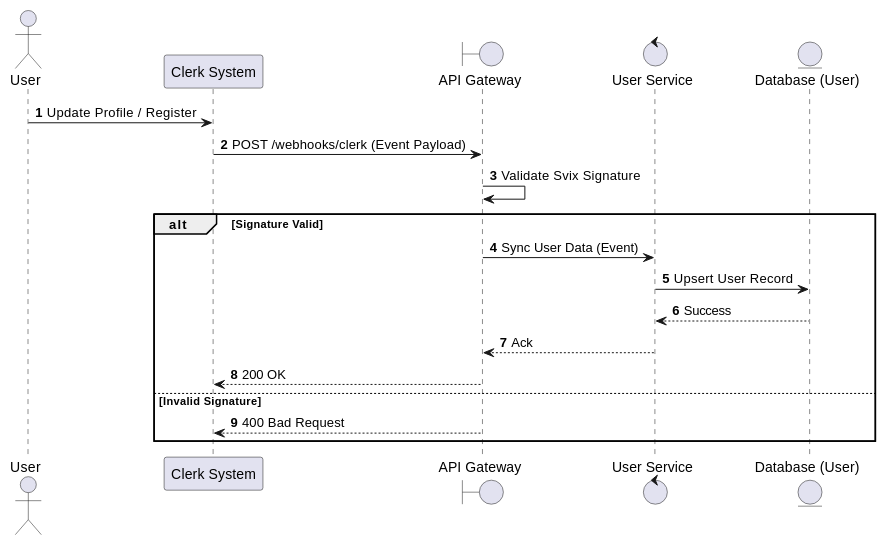
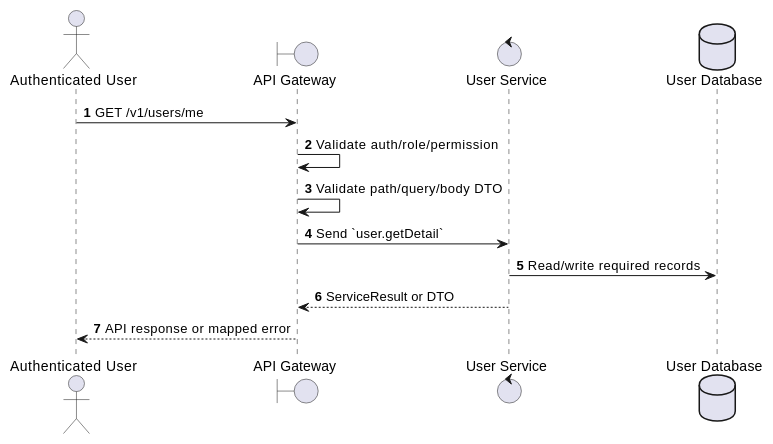
One commit to Tanh1603/movie-hub-architecture changed the first of 2 diagrams in docs/functional_specs/3.1_User_Management/UM-03_Get_User_Profile.md. Above: the diagram before and after it, drawn with PlantUML. The commit also changed other lines of this file and 126 other files, not shown here.

````diff
--- a/docs/functional_specs/3.1_User_Management/UM-03_Get_User_Profile.md
+++ b/docs/functional_specs/3.1_User_Management/UM-03_Get_User_Profile.md
@@ -17,23 +17,17 @@
 ```plantuml
 @startuml
 autonumber
-actor User
-participant "Clerk System" as Clerk
+actor "Authenticated User" as Actor
 boundary "API Gateway" as GW
-control "User Service" as US
-entity "Database (User)" as DB
+control "User Service" as SVC
+database "User Database" as DB
 
-User -> Clerk: Update Profile / Register
-Clerk -> GW: POST /webhooks/clerk (Event Payload)
-GW -> GW: Validate Svix Signature
-alt Signature Valid
-    GW -> US: Sync User Data (Event)
-    US -> DB: Upsert User Record
-    DB --> US: Success
-    US --> GW: Ack
-    GW --> Clerk: 200 OK
-else Invalid Signature
-    GW --> Clerk: 400 Bad Request
-end
+Actor -> GW: GET /v1/users/me
+GW -> GW: Validate auth/role/permission
+GW -> GW: Validate path/query/body DTO
+GW -> SVC: Send `user.getDetail`
+SVC -> DB: Read/write required records
+SVC --> GW: ServiceResult or DTO
+GW --> Actor: API response or mapped error
 @enduml
 ```
````
